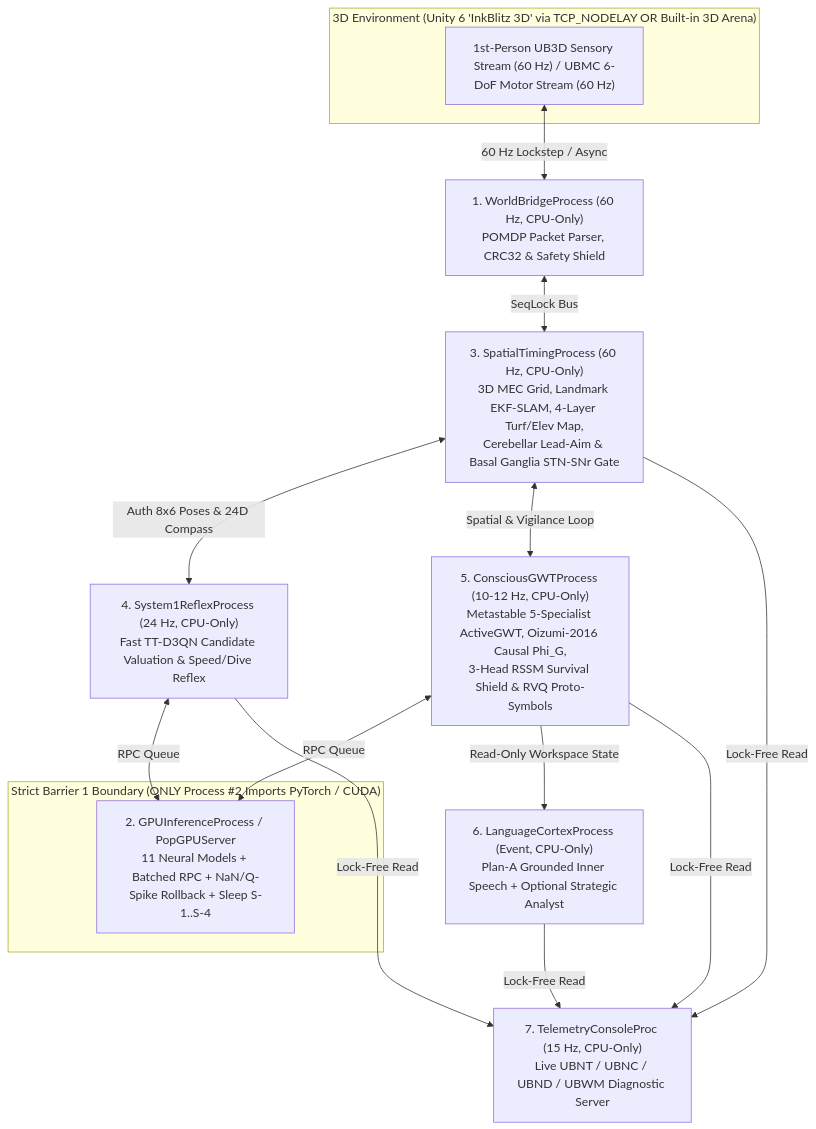
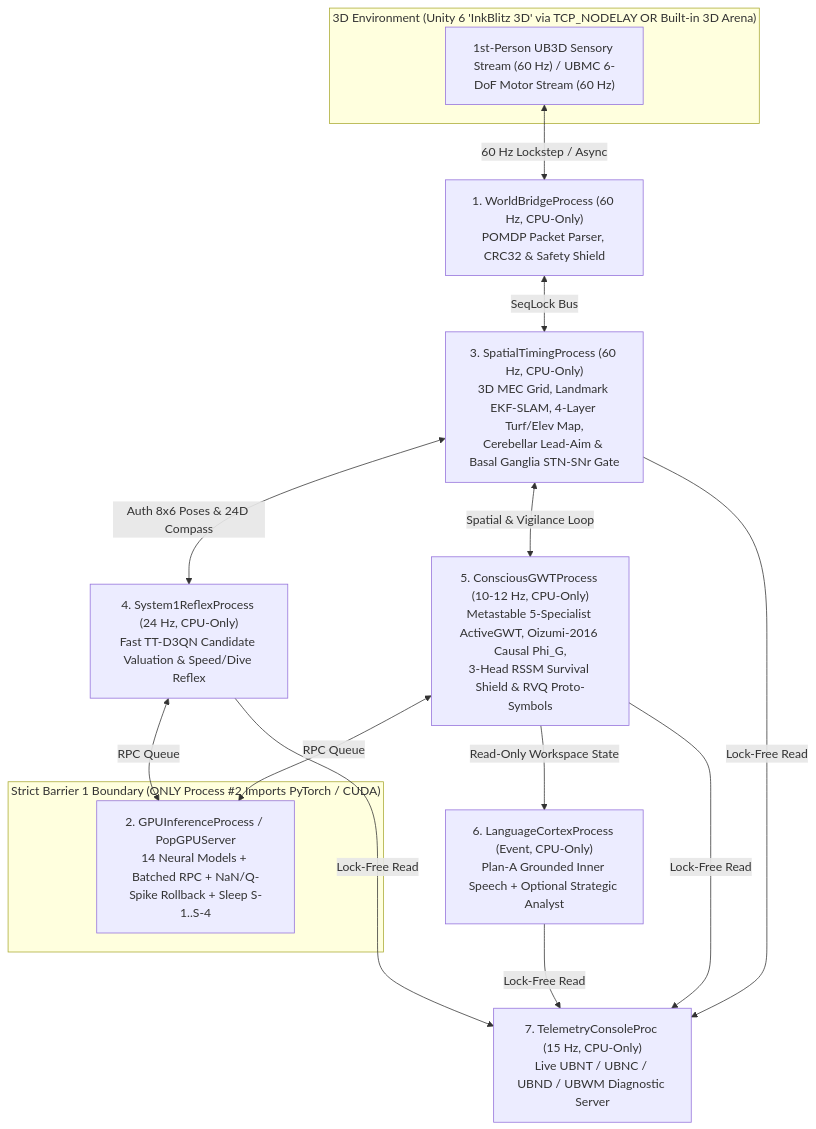
Before and after one commit to Kagome6/Universal-Brain-3D-v2.1-InkBlitz-3D: the diagram in README.md, drawn with Mermaid. The commit also changed other lines of this file, not shown here.

````diff
--- a/README.md
+++ b/README.md
@@ -49,26 +49,26 @@
 ```mermaid
 flowchart TB
     subgraph ENV["3D Environment (Unity 6 'InkBlitz 3D' via TCP_NODELAY OR Built-in 3D Arena)"]
         U3D["1st-Person UB3D Sensory Stream (60 Hz) / UBMC 6-DoF Motor Stream (60 Hz)"]
     end
 
     P1["1. WorldBridgeProcess (60 Hz, CPU-Only)<br/>POMDP Packet Parser, CRC32 & Safety Shield"]
     P3["3. SpatialTimingProcess (60 Hz, CPU-Only)<br/>3D MEC Grid, Landmark EKF-SLAM, 4-Layer Turf/Elev Map,<br/>Cerebellar Lead-Aim & Basal Ganglia STN-SNr Gate"]
     P4["4. System1ReflexProcess (24 Hz, CPU-Only)<br/>Fast TT-D3QN Candidate Valuation & Speed/Dive Reflex"]
     P5["5. ConsciousGWTProcess (10-12 Hz, CPU-Only)<br/>Metastable 5-Specialist ActiveGWT, Oizumi-2016 Causal Phi_G,<br/>3-Head RSSM Survival Shield & RVQ Proto-Symbols"]
     P6["6. LanguageCortexProcess (Event, CPU-Only)<br/>Plan-A Grounded Inner Speech + Optional Strategic Analyst"]
     P7["7. TelemetryConsoleProc (15 Hz, CPU-Only)<br/>Live UBNT / UBNC / UBND / UBWM Diagnostic Server"]
 
     subgraph GPU["Strict Barrier 1 Boundary (ONLY Process #2 Imports PyTorch / CUDA)"]
-        P2["2. GPUInferenceProcess / PopGPUServer<br/>11 Neural Models + Batched RPC + NaN/Q-Spike Rollback + Sleep S-1..S-4"]
+        P2["2. GPUInferenceProcess / PopGPUServer<br/>14 Neural Models + Batched RPC + NaN/Q-Spike Rollback + Sleep S-1..S-4"]
     end
 
     U3D <-->|"60 Hz Lockstep / Async"| P1
     P1 <-->|"SeqLock Bus"| P3
     P3 <-->|"Auth 8x6 Poses & 24D Compass"| P4
     P3 <-->|"Spatial & Vigilance Loop"| P5
     P4 <-->|"RPC Queue"| P2
     P5 <-->|"RPC Queue"| P2
     P5 -->|"Read-Only Workspace State"| P6
     P3 & P4 & P5 & P6 -->|"Lock-Free Read"| P7
 ```
````
